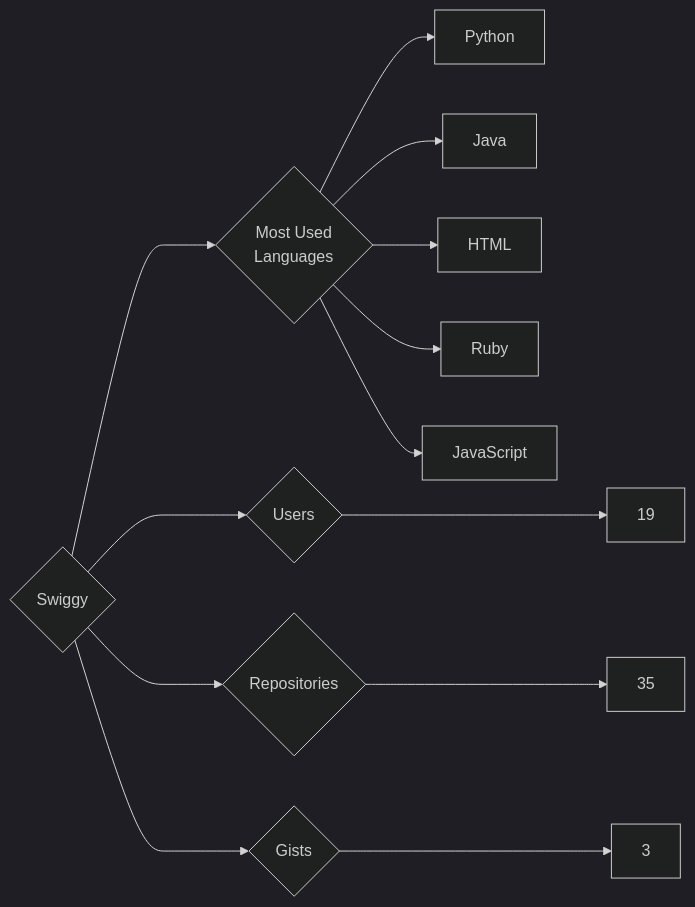
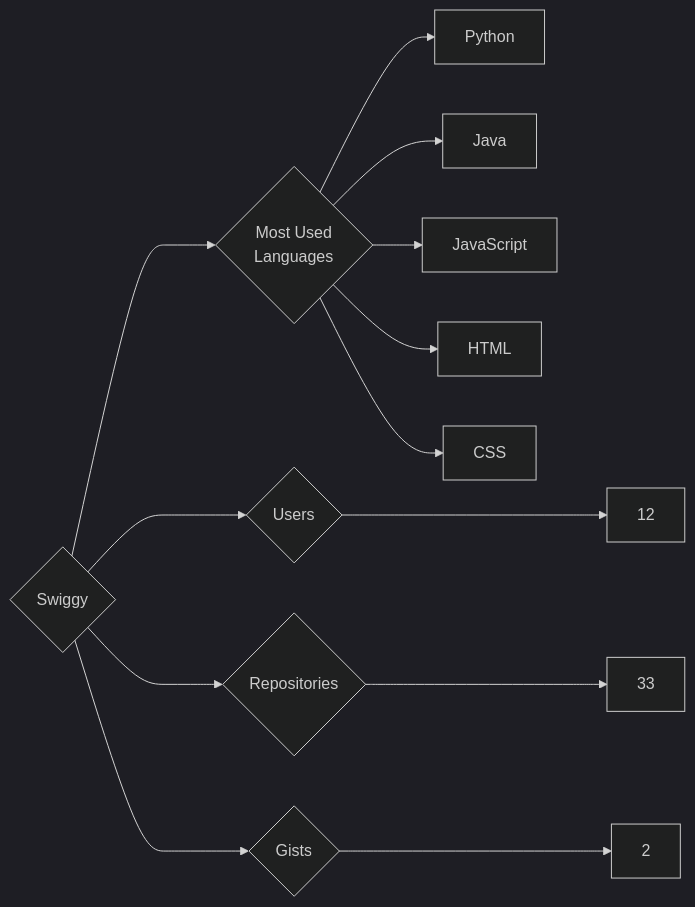
The diagram in targets/Swiggy/README.md (trickest/insiders), drawn with Mermaid (dark theme) before and after one commit. The commit also changed 814 other files, not shown here.

````diff
--- a/targets/Swiggy/README.md
+++ b/targets/Swiggy/README.md
@@ -3,13 +3,13 @@
 ```mermaid
 graph LR
 COMPANY_NAME{Swiggy}
-COMPANY_NAME ---> U{Users} ---> UN[19]
-COMPANY_NAME ---> R{Repositories} ---> RN[35]
-COMPANY_NAME ---> G{Gists} ---> GN[3]
+COMPANY_NAME ---> U{Users} ---> UN[12]
+COMPANY_NAME ---> R{Repositories} ---> RN[33]
+COMPANY_NAME ---> G{Gists} ---> GN[2]
 COMPANY_NAME ---> ML{Most Used<br>Languages}
 ML --> Python[Python]
 ML --> Java[Java]
+ML --> JavaScript[JavaScript]
 ML --> HTML[HTML]
-ML --> Ruby[Ruby]
-ML --> JavaScript[JavaScript]
+ML --> CSS[CSS]
 ```
````
